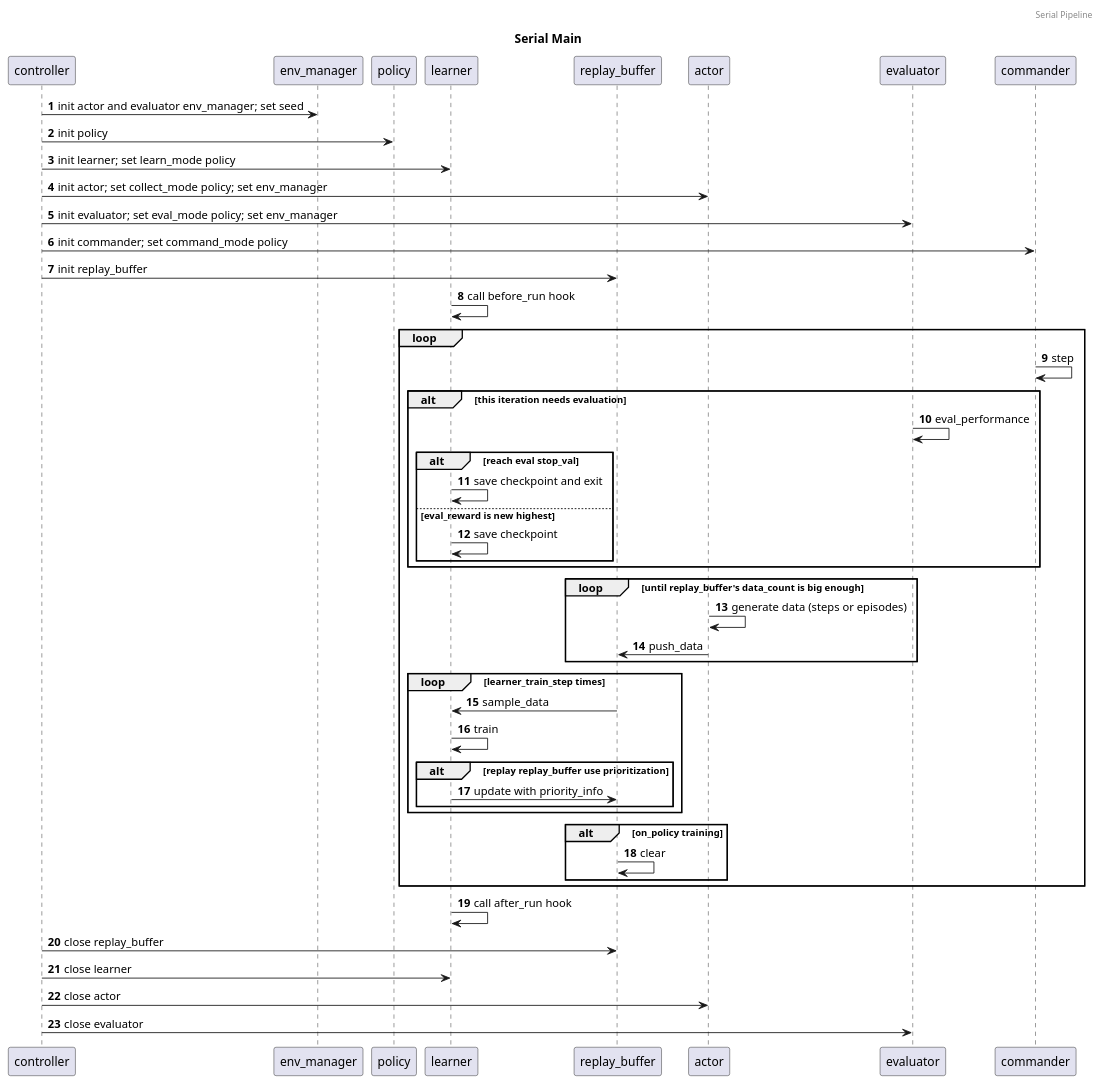
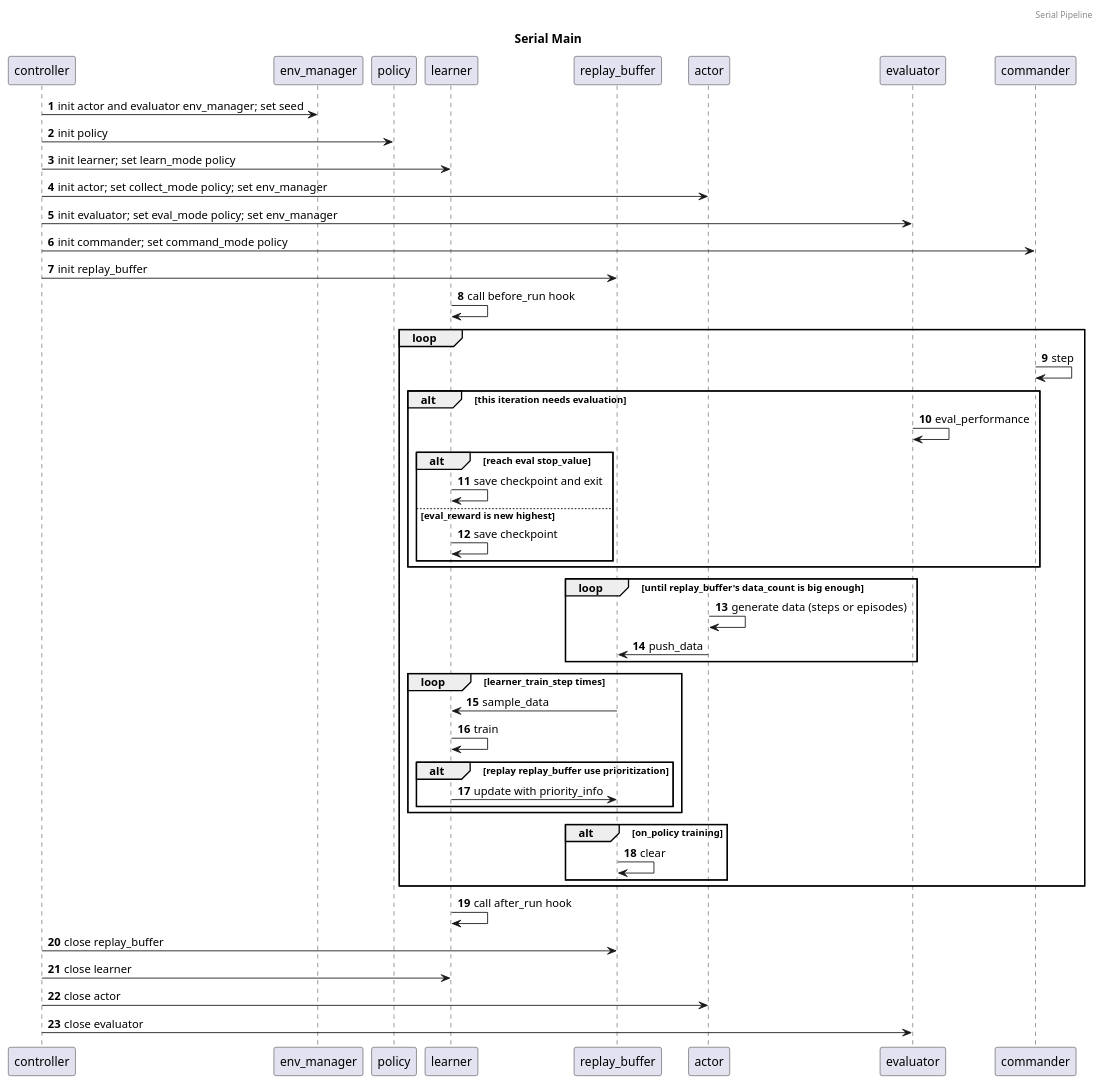
The diagram in nervex/design/serial_main.puml (opendilab/DI-engine), drawn with PlantUML before and after one commit. The commit also changed 100 other files, not shown here.

Commit message:
stop_val -> stop_value

```diff
--- a/nervex/design/serial_main.puml
+++ b/nervex/design/serial_main.puml
@@ -1,53 +1,53 @@
 @startuml serial_main
 header Serial Pipeline
 title Serial Main
 
 participant controller
 participant env_manager
 participant policy
 participant learner
 participant replay_buffer
 participant actor
 participant evaluator
 participant commander
 autonumber
 
 controller -> env_manager: init actor and evaluator env_manager; set seed
 controller -> policy: init policy
 controller -> learner: init learner; set learn_mode policy
 controller -> actor: init actor; set collect_mode policy; set env_manager
 controller -> evaluator: init evaluator; set eval_mode policy; set env_manager
 controller -> commander: init commander; set command_mode policy
 controller -> replay_buffer: init replay_buffer
 learner -> learner: call before_run hook
 loop
   commander -> commander: step
   alt this iteration needs evaluation
     evaluator -> evaluator: eval_performance
-    alt reach eval stop_val
+    alt reach eval stop_value
       learner -> learner: save checkpoint and exit
     else eval_reward is new highest
       learner -> learner: save checkpoint
     end
   end
   loop until replay_buffer's data_count is big enough
     actor -> actor: generate data (steps or episodes)
     actor -> replay_buffer: push_data
   end
   loop learner_train_step times
     replay_buffer -> learner: sample_data
     learner -> learner: train
     alt replay replay_buffer use prioritization
       learner -> replay_buffer: update with priority_info
     end
   end
   alt on_policy training
     replay_buffer -> replay_buffer: clear
   end
 end
 learner -> learner: call after_run hook
 controller -> replay_buffer: close replay_buffer
 controller -> learner: close learner
 controller -> actor: close actor
 controller -> evaluator: close evaluator
 @enduml
```
